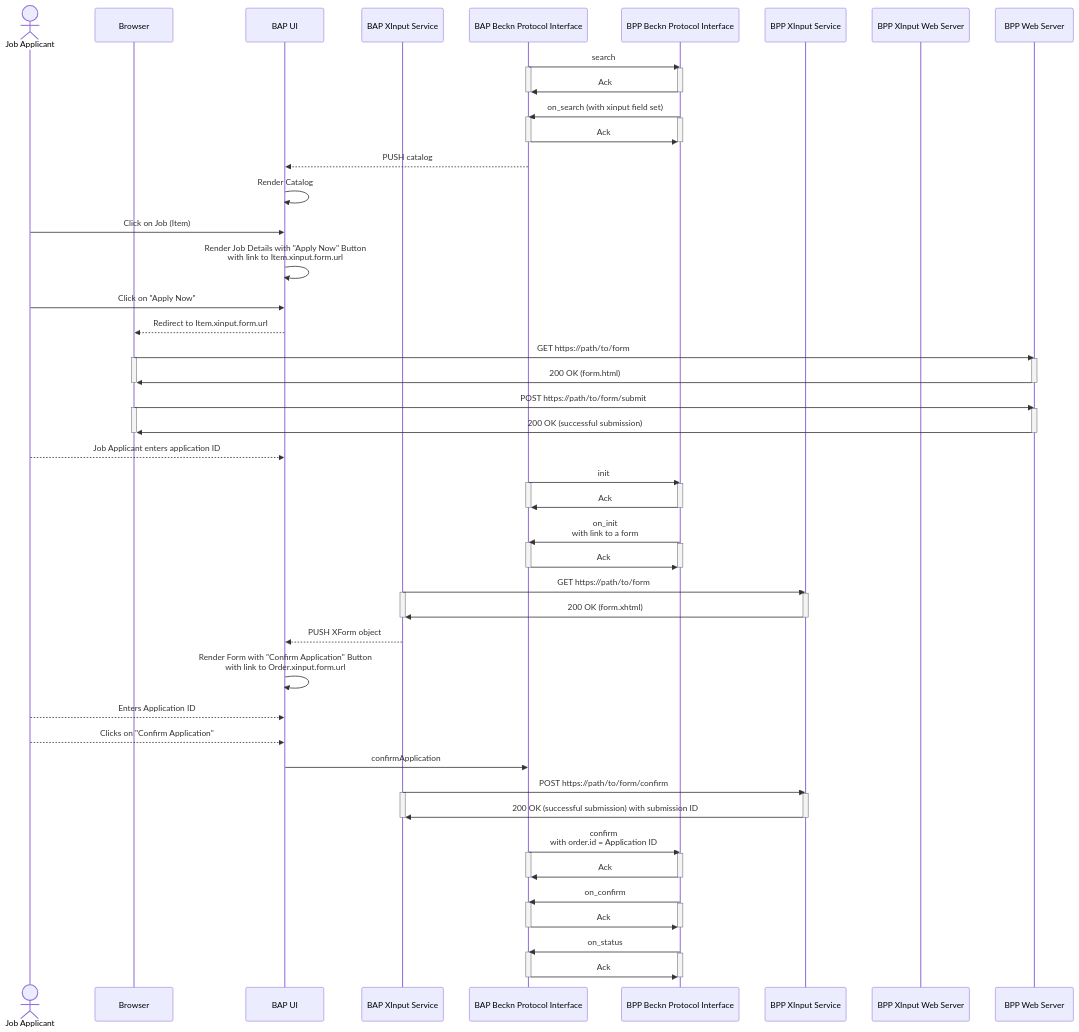
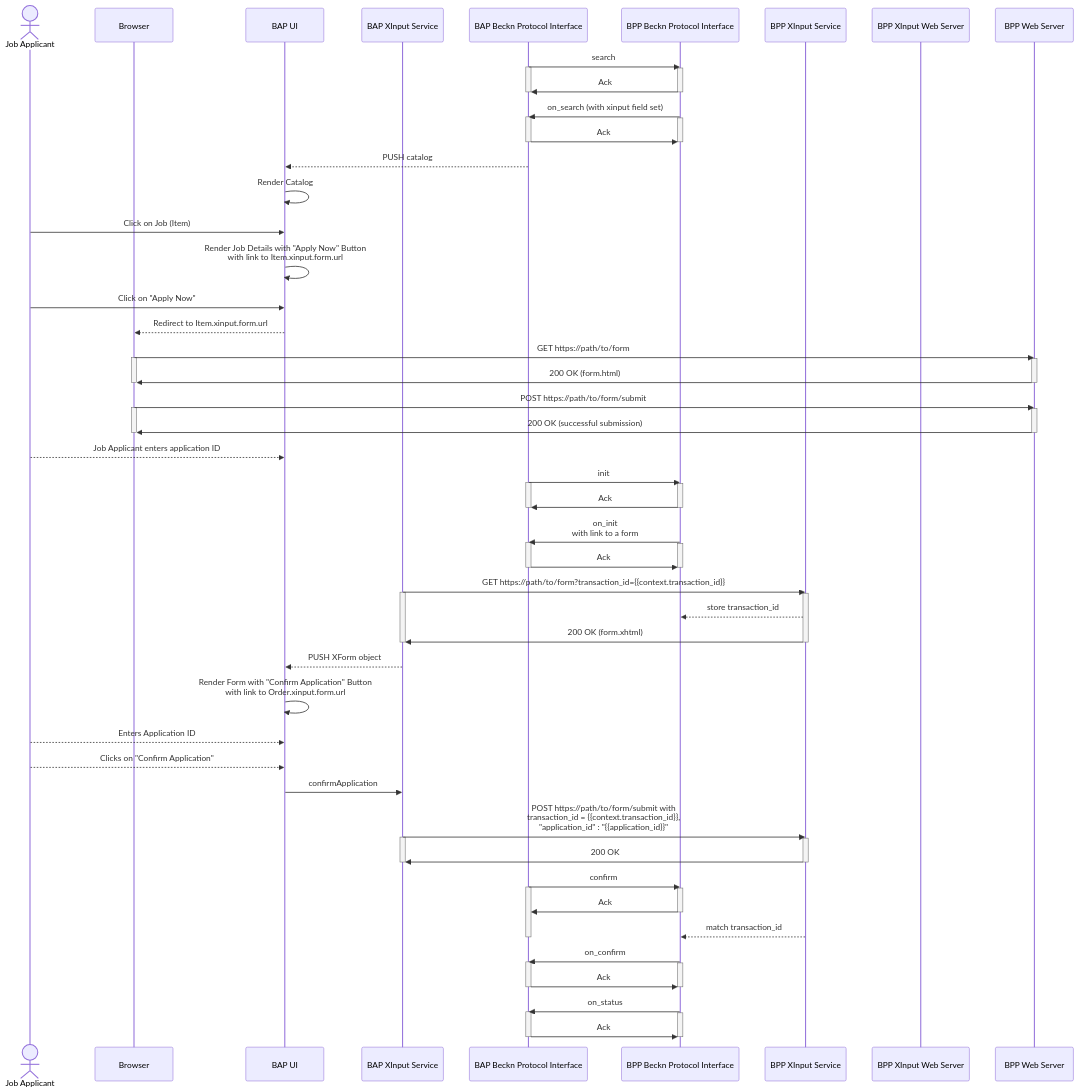
Before and after one commit to beckn/protocol-specifications: the second of 3 diagrams in docs/BECKN-007-The-XInput-Schema.md, drawn with Mermaid. The commit also changed other lines of this file, not shown here.

```diff
--- a/docs/BECKN-007-The-XInput-Schema.md
+++ b/docs/BECKN-007-The-XInput-Schema.md
@@ -380,9 +427,10 @@
     deactivate BAP Beckn Protocol Interface
 
     % Get the form %
-    BAP XInput Service ->> BPP XInput Service: GET https://path/to/form 
+    BAP XInput Service ->> BPP XInput Service: GET https://path/to/form?transaction_id={{context.transaction_id}}
     activate BAP XInput Service 
     activate BPP XInput Service
+    BPP XInput Service -->> BPP Beckn Protocol Interface: store transaction_id
     BPP XInput Service ->> BAP XInput Service: 200 OK (form.xhtml)
     deactivate BAP XInput Service
     deactivate BPP XInput Service
@@ -390,18 +438,22 @@
     BAP UI ->> BAP UI: Render Form with "Confirm Application" Button <br/> with link to Order.xinput.form.url
     Job Applicant -->> BAP UI: Enters Application ID
     Job Applicant -->> BAP UI: Clicks on "Confirm Application"
-    BAP UI ->> BAP Beckn Protocol Interface : confirmApplication
-    BAP XInput Service ->> BPP XInput Service: POST https://path/to/form/confirm
+    BAP UI ->> BAP XInput Service : confirmApplication
+    BAP XInput Service ->> BPP XInput Service: POST https://path/to/form/submit with <br/> transaction_id = {{context.transaction_id}}, <br/> "application_id" : "{{application_id}}" 
     activate BAP XInput Service
     activate BPP XInput Service
-    BPP XInput Service ->> BAP XInput Service: 200 OK (successful submission) with submission ID
+    BPP XInput Service ->> BAP XInput Service: 200 OK
     deactivate BAP XInput Service
     deactivate BPP XInput Service
-    BAP Beckn Protocol Interface->>BPP Beckn Protocol Interface: confirm <br/> with order.id = Application ID
+
+
+    BAP Beckn Protocol Interface->>BPP Beckn Protocol Interface: confirm
     activate BAP Beckn Protocol Interface
     activate BPP Beckn Protocol Interface
     BPP Beckn Protocol Interface->>BAP Beckn Protocol Interface: Ack
     deactivate BPP Beckn Protocol Interface
+    BPP XInput Service -->> BPP Beckn Protocol Interface: match transaction_id
+  
     deactivate BAP Beckn Protocol Interface
     BPP Beckn Protocol Interface->>BAP Beckn Protocol Interface: on_confirm 
     activate BAP Beckn Protocol Interface
```
